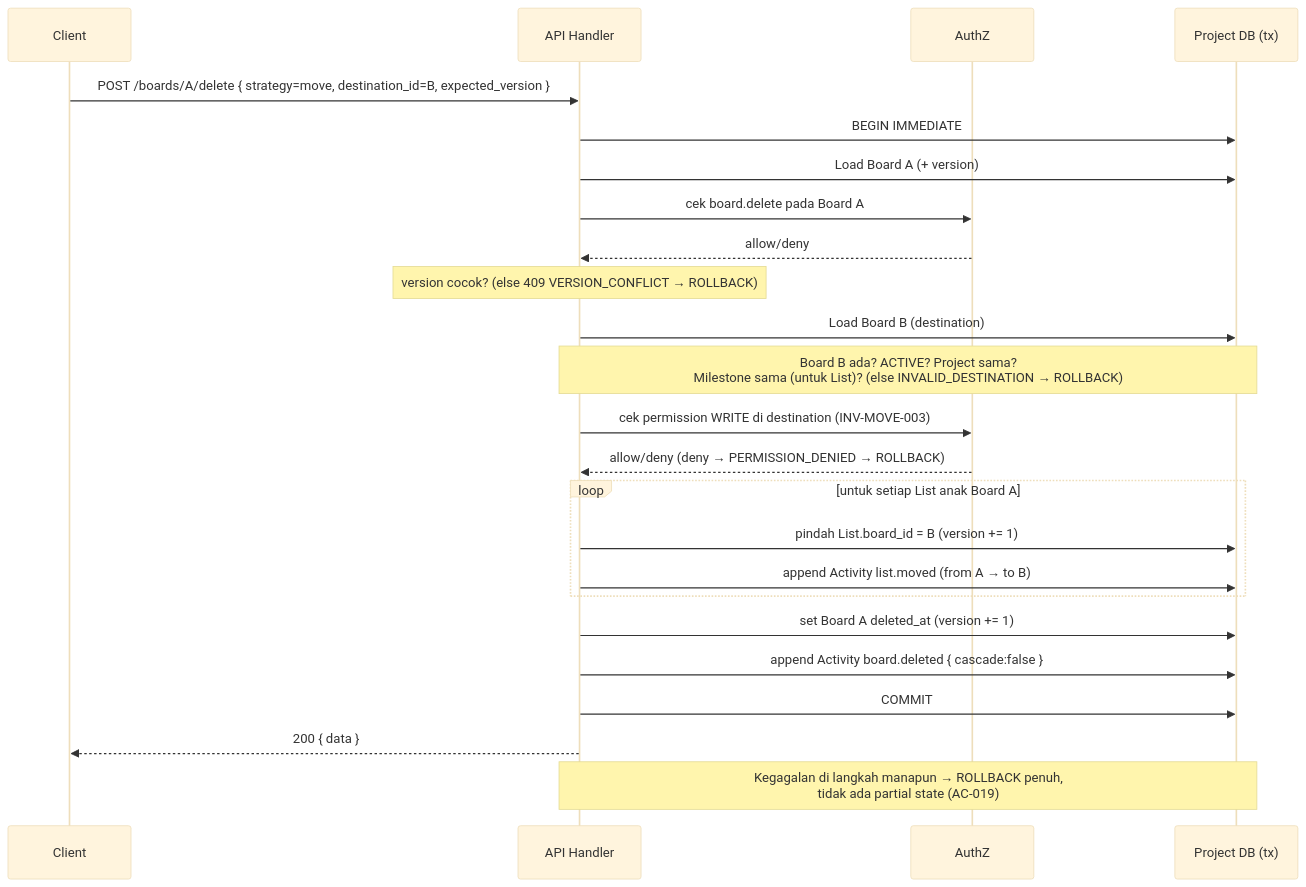
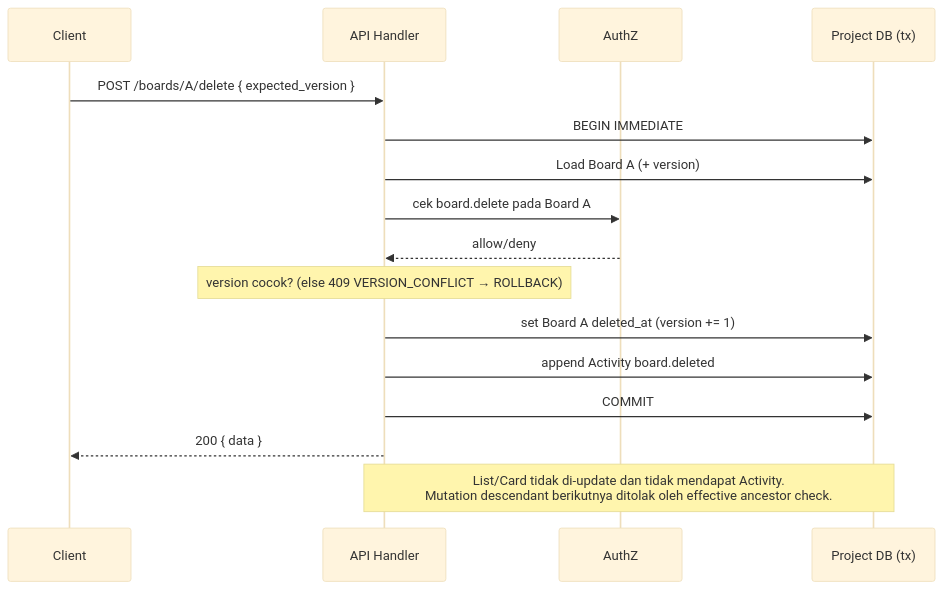
One commit to ngodingin/kanban changed the first of 3 diagrams in docs/03-ENGINEERING.md. Above: the diagram before and after it, drawn with Mermaid (base theme). The commit also changed other lines of this file and 38 other files, not shown here.

````diff
--- a/docs/03-ENGINEERING.md
+++ b/docs/03-ENGINEERING.md
@@ -97,27 +103,19 @@
 ```mermaid
 sequenceDiagram
     participant C as Client
     participant API as API Handler
     participant AUTH as AuthZ
     participant DB as Project DB (tx)
 
-    C->>API: POST /boards/A/delete { strategy=move, destination_id=B, expected_version }
+    C->>API: POST /boards/A/delete { expected_version }
     API->>DB: BEGIN IMMEDIATE
     API->>DB: Load Board A (+ version)
     API->>AUTH: cek board.delete pada Board A
     AUTH-->>API: allow/deny
     Note over API: version cocok? (else 409 VERSION_CONFLICT → ROLLBACK)
-    API->>DB: Load Board B (destination)
-    Note over API,DB: Board B ada? ACTIVE? Project sama?<br/>Milestone sama (untuk List)? (else INVALID_DESTINATION → ROLLBACK)
-    API->>AUTH: cek permission WRITE di destination (INV-MOVE-003)
-    AUTH-->>API: allow/deny (deny → PERMISSION_DENIED → ROLLBACK)
-    loop untuk setiap List anak Board A
-        API->>DB: pindah List.board_id = B (version += 1)
-        API->>DB: append Activity list.moved (from A → to B)
-    end
     API->>DB: set Board A deleted_at (version += 1)
-    API->>DB: append Activity board.deleted { cascade:false }
+    API->>DB: append Activity board.deleted
     API->>DB: COMMIT
     API-->>C: 200 { data }
-    Note over API,DB: Kegagalan di langkah manapun → ROLLBACK penuh,<br/>tidak ada partial state (AC-019)
+    Note over API,DB: List/Card tidak di-update dan tidak mendapat Activity.<br/>Mutation descendant berikutnya ditolak oleh effective ancestor check.
 ```
````
